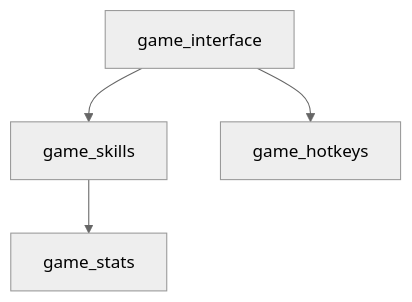
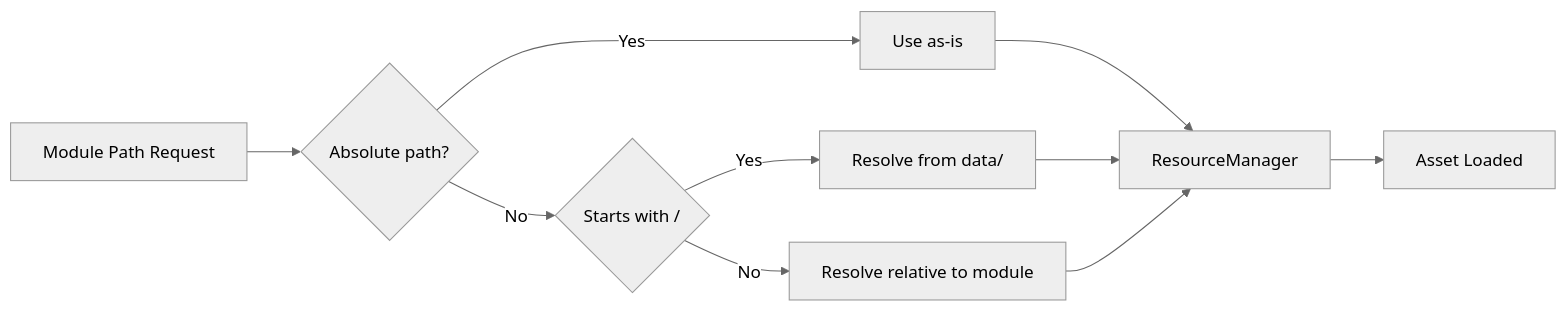
Before and after one commit to lukaszj321/otcv8-dev: the third of 3 diagrams in docs/authoring/12_otmod/index.md, drawn with Mermaid. The commit also changed other lines of this file and 4 other files, not shown here.

````diff
--- a/docs/authoring/12_otmod/index.md
+++ b/docs/authoring/12_otmod/index.md
@@ -94,7 +143,22 @@
 ```{mermaid}
-%%{init: { 'theme': 'neutral' }}%%
-graph TD
-  A[game_interface] --> B[game_skills]
-  A --> C[game_hotkeys]
-  B --> D[game_stats]
+%%{init: { 'theme': 'neutral', 'themeVariables': { 'primaryTextColor': '#ddd' } }}%%
+flowchart LR
+    A[Module Path Request]
+    B{Absolute path?}
+    C[Use as-is]
+    D{Starts with /}
+    E[Resolve from data/]
+    F[Resolve relative to module]
+    G[ResourceManager]
+    
+    A --> B
+    B -->|Yes| C
+    B -->|No| D
+    D -->|Yes| E
+    D -->|No| F
+    C --> G
+    E --> G
+    F --> G
+    
+    G --> H[Asset Loaded]
 ```
````
